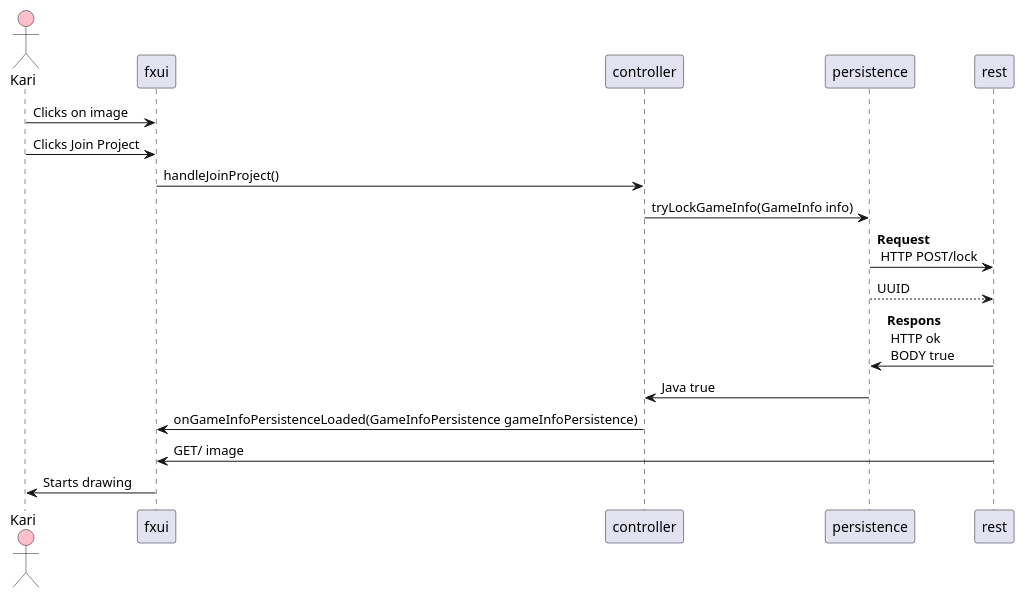
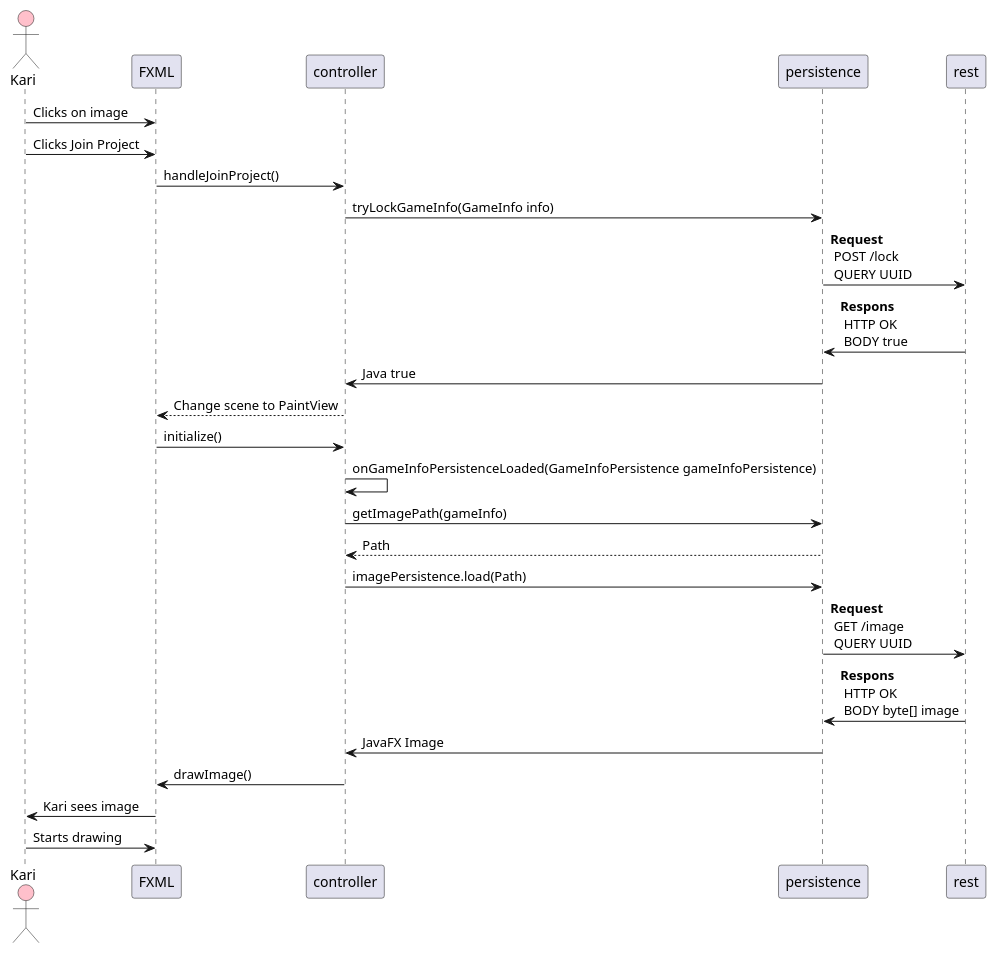
The diagram in notpaint/sequence1.puml (erlenelo/NotPaint), drawn with PlantUML before and after one commit. The commit also changed 2 other files, not shown here.

Commit message:
Edited the sequence diagrams

```diff
--- a/notpaint/sequence1.puml
+++ b/notpaint/sequence1.puml
@@ -1,16 +1,24 @@
 @startuml sequence Kari
 
 actor Kari #Pink
 
-Kari -> fxui: Clicks on image
-Kari -> fxui: Clicks Join Project
-fxui -> controller: handleJoinProject()
+Kari -> FXML: Clicks on image
+Kari -> FXML: Clicks Join Project
+FXML -> controller: handleJoinProject()
 controller -> persistence: tryLockGameInfo(GameInfo info)
-persistence -> rest: **Request** \n HTTP POST/lock 
-persistence --> rest: UUID
-rest -> persistence: **Respons** \n HTTP ok \n BODY true
+persistence -> rest: **Request** \n POST /lock \n QUERY UUID
+rest -> persistence: **Respons** \n HTTP OK \n BODY true
 persistence -> controller: Java true
-controller -> fxui: onGameInfoPersistenceLoaded(GameInfoPersistence gameInfoPersistence)
-rest -> fxui: GET/ image
-fxui -> Kari: Starts drawing
+controller --> FXML: Change scene to PaintView
+FXML -> controller: initialize()
+controller -> controller: onGameInfoPersistenceLoaded(GameInfoPersistence gameInfoPersistence)
+controller -> persistence: getImagePath(gameInfo)
+persistence --> controller: Path
+controller -> persistence: imagePersistence.load(Path)
+persistence -> rest: **Request** \n GET /image \n QUERY UUID
+rest -> persistence: **Respons** \n HTTP OK \n BODY byte[] image
+persistence -> controller: JavaFX Image
+controller -> FXML: drawImage()
+FXML -> Kari: Kari sees image
+Kari -> FXML: Starts drawing
 @enduml
```
